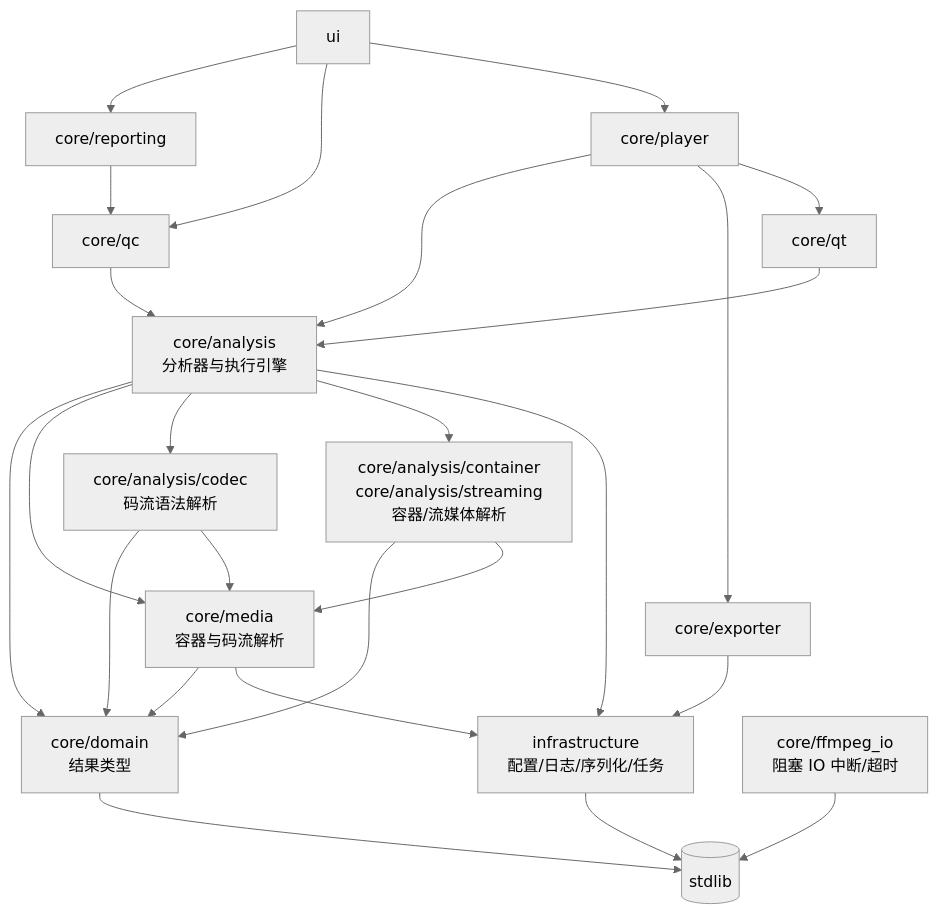
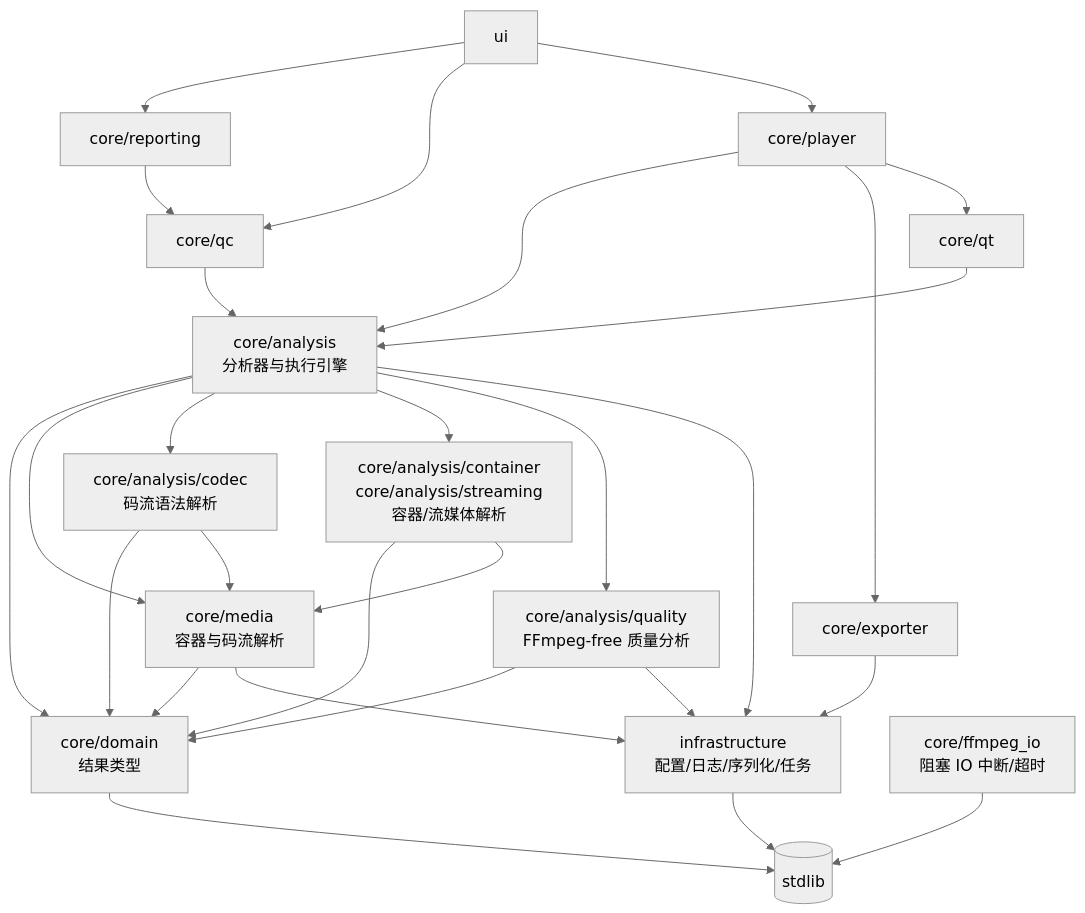
One commit to HZer0K/VideoEye changed the diagram in docs/ARCHITECTURE.md. Above: the diagram before and after it, drawn with Mermaid (neutral theme). The commit also changed other lines of this file and 2 other files, not shown here.

````diff
--- a/docs/ARCHITECTURE.md
+++ b/docs/ARCHITECTURE.md
@@ -48,27 +49,30 @@
 ```mermaid
 graph TD
     DOMAIN[core/domain<br/>结果类型] --> STD[(stdlib)]
     INFRA[infrastructure<br/>配置/日志/序列化/任务] --> STD
     FFIO[core/ffmpeg_io<br/>阻塞 IO 中断/超时] --> STD
     MEDIA[core/media<br/>容器与码流解析] --> DOMAIN
     MEDIA --> INFRA
     CODEC[core/analysis/codec<br/>码流语法解析] --> DOMAIN
     CODEC --> MEDIA
     PACKAGE[core/analysis/container<br/>core/analysis/streaming<br/>容器/流媒体解析] --> DOMAIN
     PACKAGE --> MEDIA
+    QUALITY[core/analysis/quality<br/>FFmpeg-free 质量分析] --> DOMAIN
+    QUALITY --> INFRA
     ANALYSIS[core/analysis<br/>分析器与执行引擎] --> DOMAIN
     ANALYSIS --> MEDIA
     ANALYSIS --> CODEC
     ANALYSIS --> PACKAGE
+    ANALYSIS --> QUALITY
     ANALYSIS --> INFRA
     EXPORTER[core/exporter] --> INFRA
     PLAYBACK[core/player] --> ANALYSIS
     PLAYBACK --> EXPORTER
     PLAYBACK --> QTADAPTER
     QC[core/qc] --> ANALYSIS
     REPORTING[core/reporting] --> QC
     QTADAPTER[core/qt] --> ANALYSIS
     UI[ui] --> REPORTING
     UI --> QC
     UI --> PLAYBACK
 ```
````
